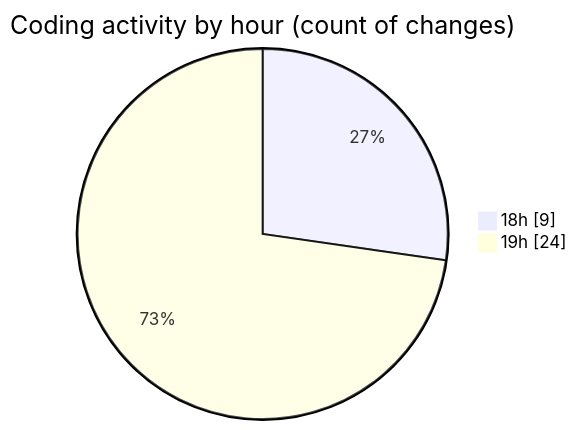
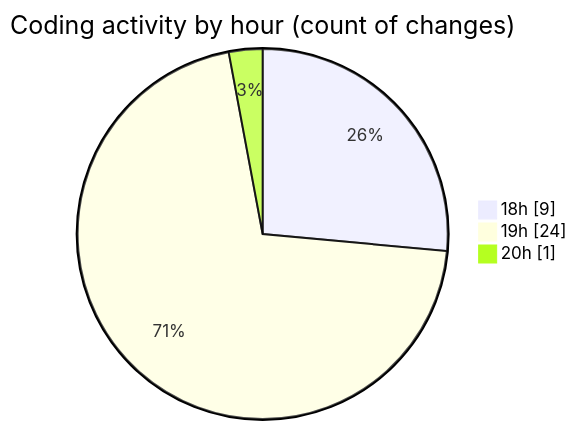
One commit to Netris89/code-tracking changed the second of 2 diagrams in 2025-04-28/date/README.md. Above: the diagram before and after it, drawn with Mermaid. The commit also changed other lines of this file and 1 other file, not shown here.

````diff
--- a/2025-04-28/date/README.md
+++ b/2025-04-28/date/README.md
@@ -32,6 +32,7 @@
 ```mermaid
 pie showData
 title Coding activity by hour (count of changes)
 "18h" : 9
 "19h" : 24
+"20h" : 1
 ```
````
